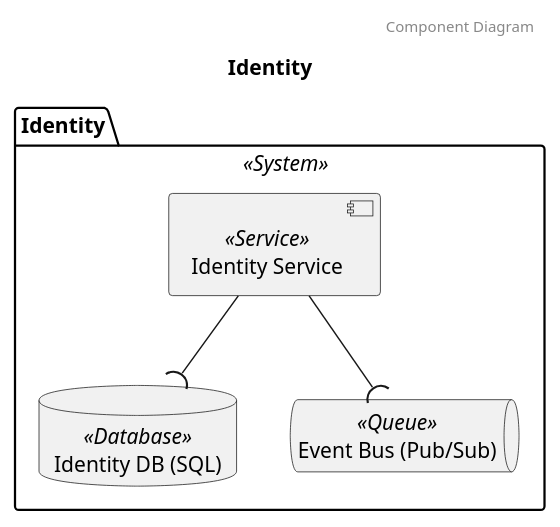
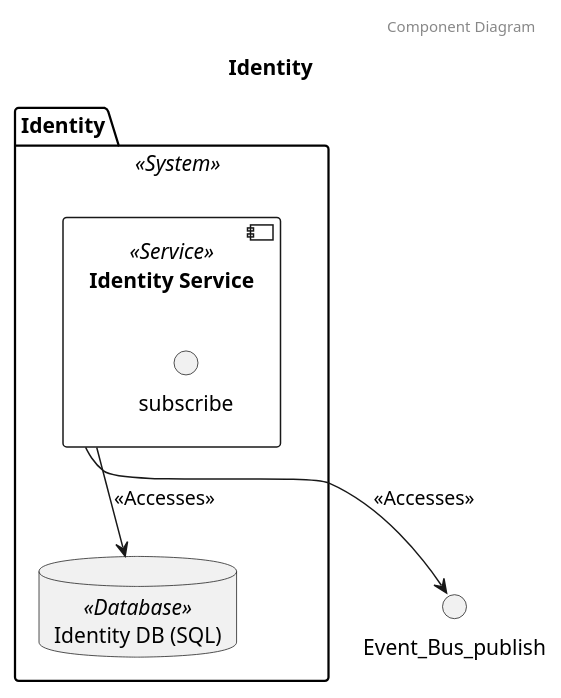
The third of 3 diagrams in diagrams/systems/Identity.puml (garrettsutula/example-trellis-project), drawn with PlantUML before and after one commit. The commit also changed other lines of this file and 29 other files, not shown here.

Commit message:
Update deps, diagram examples

```diff
--- a/diagrams/systems/Identity.puml
+++ b/diagrams/systems/Identity.puml
@@ -38,11 +41,12 @@
 @startuml Component Diagram Identity
 header Component Diagram
 title Identity
 package "Identity" as Identity_package <<System>>{
-	component "Identity Service" as Identity_Service <<Service>>
-	database "Identity DB (SQL)" as Identity_DB_SQL <<Database>>
-	queue "Event Bus (Pub/Sub)" as Event_Bus_Pub_Sub <<Queue>>
+	component "Identity Service" as Identity_Identity_Service <<Service>> {
+		interface "subscribe" as subscribe
+	}
+	database "Identity DB (SQL)" as Identity_Identity_DB_SQL <<Database>>
 }
-	Identity_Service -down-( Identity_DB_SQL
-	Identity_Service -down-( Event_Bus_Pub_Sub
+	Identity_Identity_Service -down-> Identity_Identity_DB_SQL: <<Accesses>>
+	Identity_Identity_Service -down-> Event_Bus_publish: <<Accesses>>
 @enduml
```
